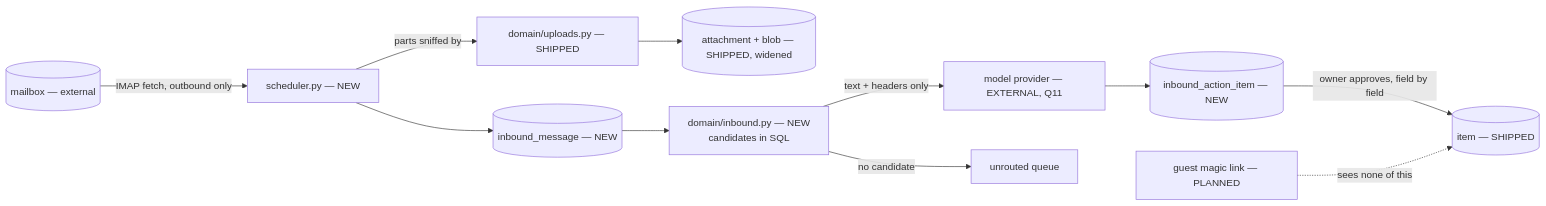
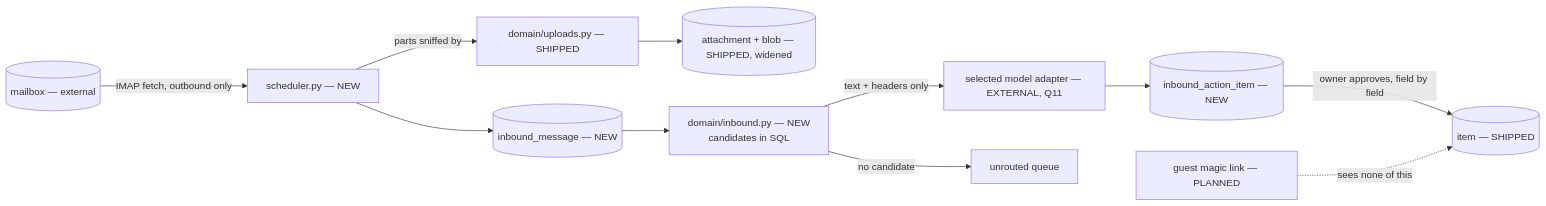
One commit to 7bc-mkl/trip_planner changed the diagram in .ai/specs/2026-09-26-reservation-inbox.md. Above: the diagram before and after it, drawn with Mermaid. The commit also changed other lines of this file, not shown here.

Commit message:
docs(specs): support three model providers in reservation inbox

````diff
--- a/.ai/specs/2026-09-26-reservation-inbox.md
+++ b/.ai/specs/2026-09-26-reservation-inbox.md
@@ -126,13 +127,13 @@
 ```mermaid
 flowchart LR
   MB[(mailbox — external)] -->|IMAP fetch, outbound only| P[scheduler.py — NEW]
   P --> IM[(inbound_message — NEW)]
   P -->|parts sniffed by| U[domain/uploads.py — SHIPPED]
   U --> AT[(attachment + blob — SHIPPED, widened)]
   IM --> R[domain/inbound.py — NEW<br/>candidates in SQL]
-  R -->|text + headers only| M[model provider — EXTERNAL, Q11]
+  R -->|text + headers only| M[selected model adapter — EXTERNAL, Q11]
   M --> AI[(inbound_action_item — NEW)]
   R -->|no candidate| Q[unrouted queue]
   AI -->|owner approves, field by field| IT[(item — SHIPPED)]
   GUEST[guest magic link — PLANNED] -.->|sees none of this| IT
 ```
````
